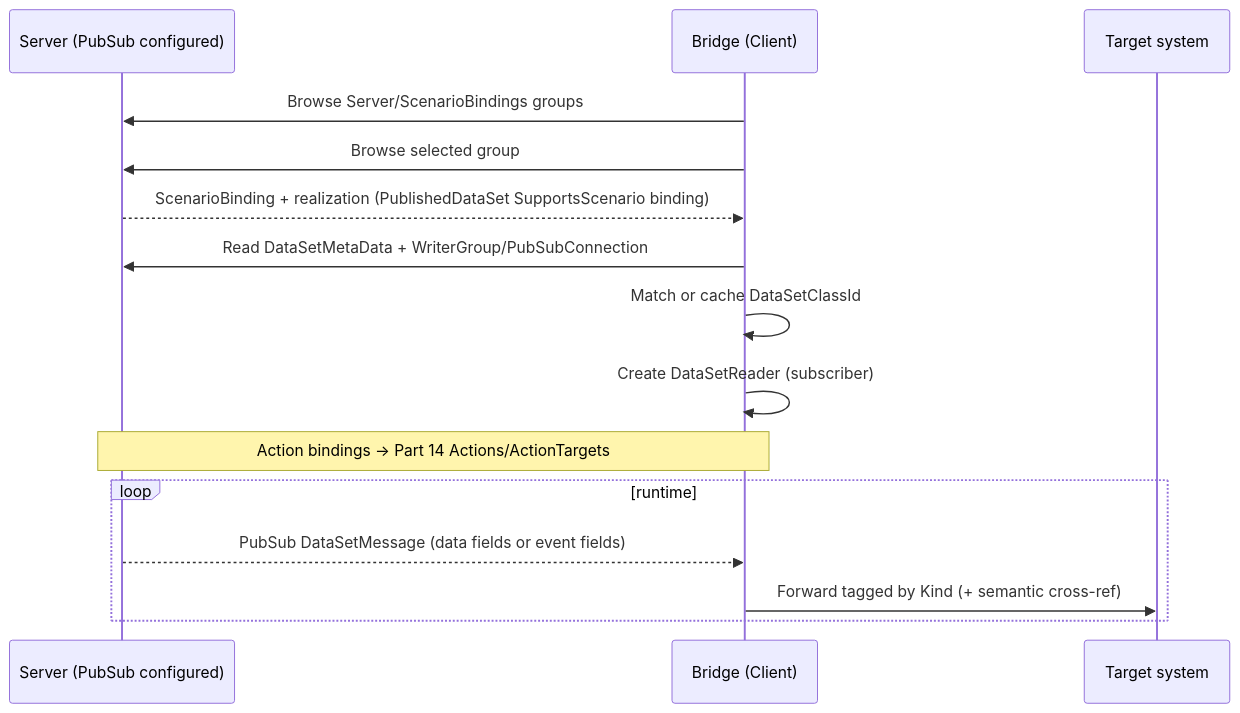
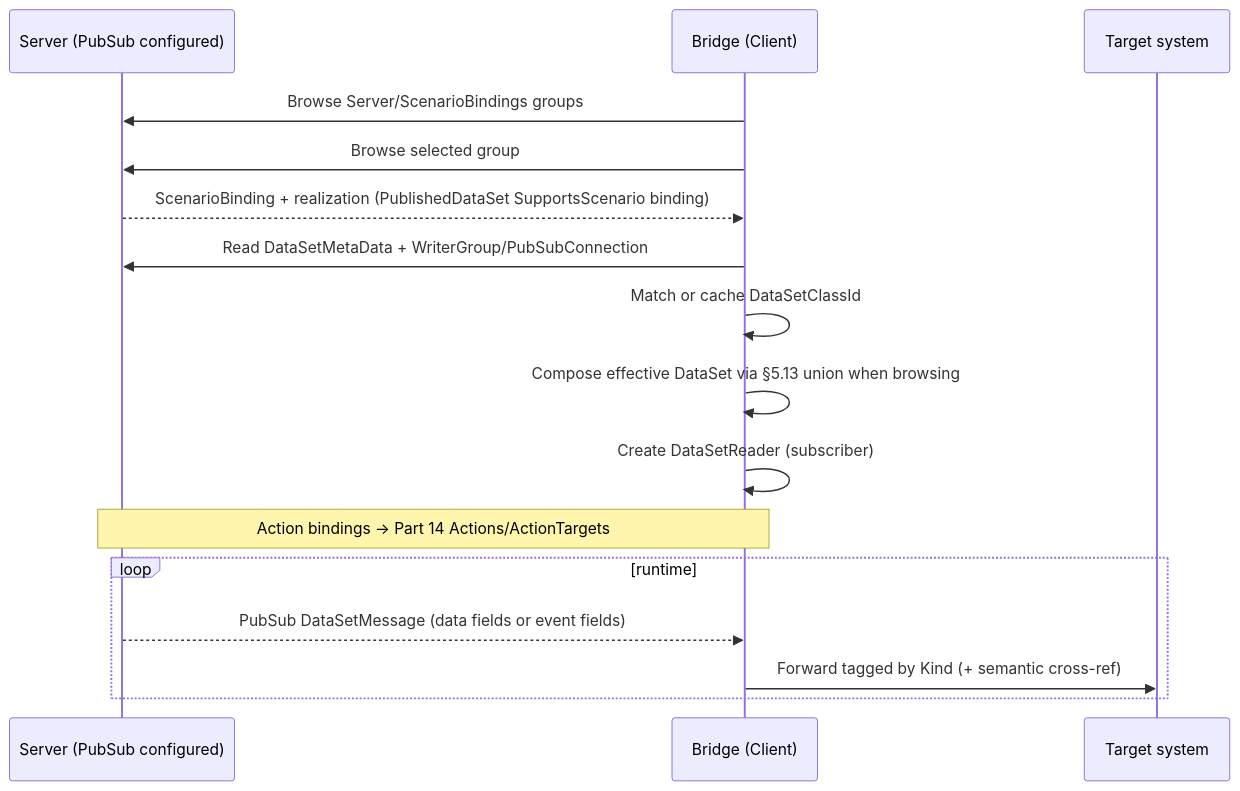
One commit to marcschier/opcua-drafts changed the third of 3 diagrams in core-specs/pubsub-binding/OPC-UA-PubSub-Scenario-Binding.md. Above: the diagram before and after it, drawn with Mermaid. The commit also changed other lines of this file and 13 other files, not shown here.

````diff
--- a/core-specs/pubsub-binding/OPC-UA-PubSub-Scenario-Binding.md
+++ b/core-specs/pubsub-binding/OPC-UA-PubSub-Scenario-Binding.md
@@ -348,17 +380,18 @@
 ```mermaid
 sequenceDiagram
   participant S as Server (PubSub configured)
   participant B as Bridge (Client)
   participant X as Target system
   B->>S: Browse Server/ScenarioBindings groups
   B->>S: Browse selected group
   S-->>B: ScenarioBinding + realization (PublishedDataSet SupportsScenario binding)
   B->>S: Read DataSetMetaData + WriterGroup/PubSubConnection
   B->>B: Match or cache DataSetClassId
+  B->>B: Compose effective DataSet via §5.13 union when browsing
   B->>B: Create DataSetReader (subscriber)
   Note over S,B: Action bindings -> Part 14 Actions/ActionTargets
   loop runtime
     S-->>B: PubSub DataSetMessage (data fields or event fields)
     B->>X: Forward tagged by Kind (+ semantic cross-ref)
   end
 ```
````
